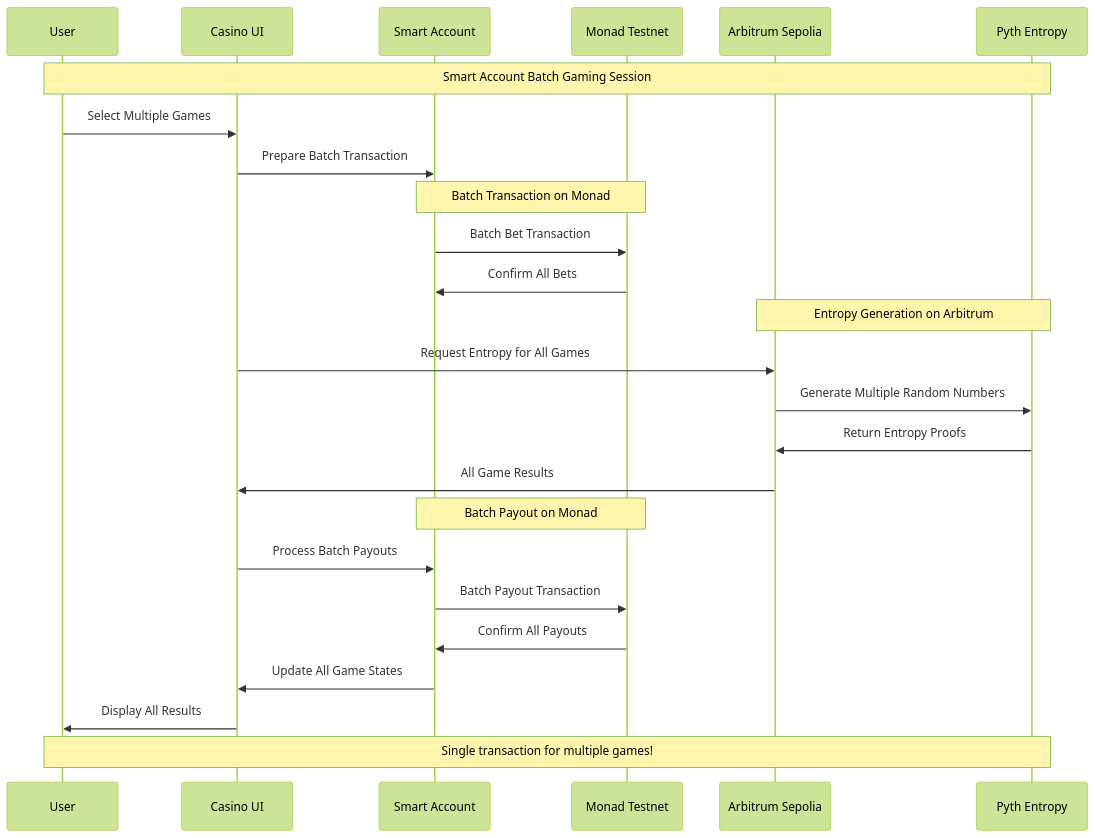
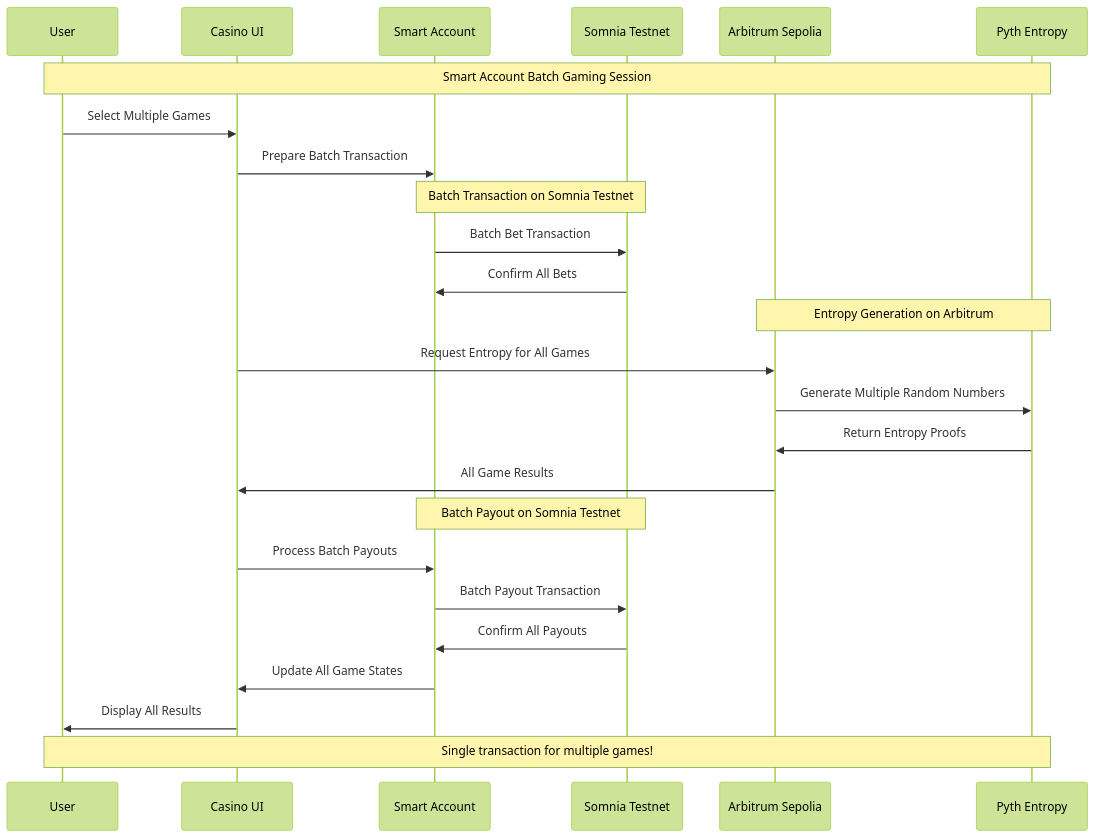
One commit to AmaanSayyad/APT-Casino-Somnia changed the eighth of 9 diagrams in README.md. Above: the diagram before and after it, drawn with Mermaid (forest theme). The commit also changed other lines of this file and 80 other files, not shown here.

````diff
--- a/README.md
+++ b/README.md
@@ -481,34 +481,34 @@
 ```mermaid
 sequenceDiagram
     participant U as User
     participant UI as Casino UI
     participant SA as Smart Account
-    participant MT as Monad Testnet
+    participant MT as Somnia Testnet
     participant AS as Arbitrum Sepolia
     participant PE as Pyth Entropy
     
     Note over U,PE: Smart Account Batch Gaming Session
     
     U->>UI: Select Multiple Games
     UI->>SA: Prepare Batch Transaction
     
-    Note over SA,MT: Batch Transaction on Monad
+    Note over SA,MT: Batch Transaction on Somnia Testnet
     SA->>MT: Batch Bet Transaction
     MT->>SA: Confirm All Bets
     
     Note over AS,PE: Entropy Generation on Arbitrum
     UI->>AS: Request Entropy for All Games
     AS->>PE: Generate Multiple Random Numbers
     PE->>AS: Return Entropy Proofs
     AS->>UI: All Game Results
     
-    Note over SA,MT: Batch Payout on Monad
+    Note over SA,MT: Batch Payout on Somnia Testnet
     UI->>SA: Process Batch Payouts
     SA->>MT: Batch Payout Transaction
     MT->>SA: Confirm All Payouts
     
     SA->>UI: Update All Game States
     UI->>U: Display All Results
     
     Note over U,PE: Single transaction for multiple games!
 ```
````
